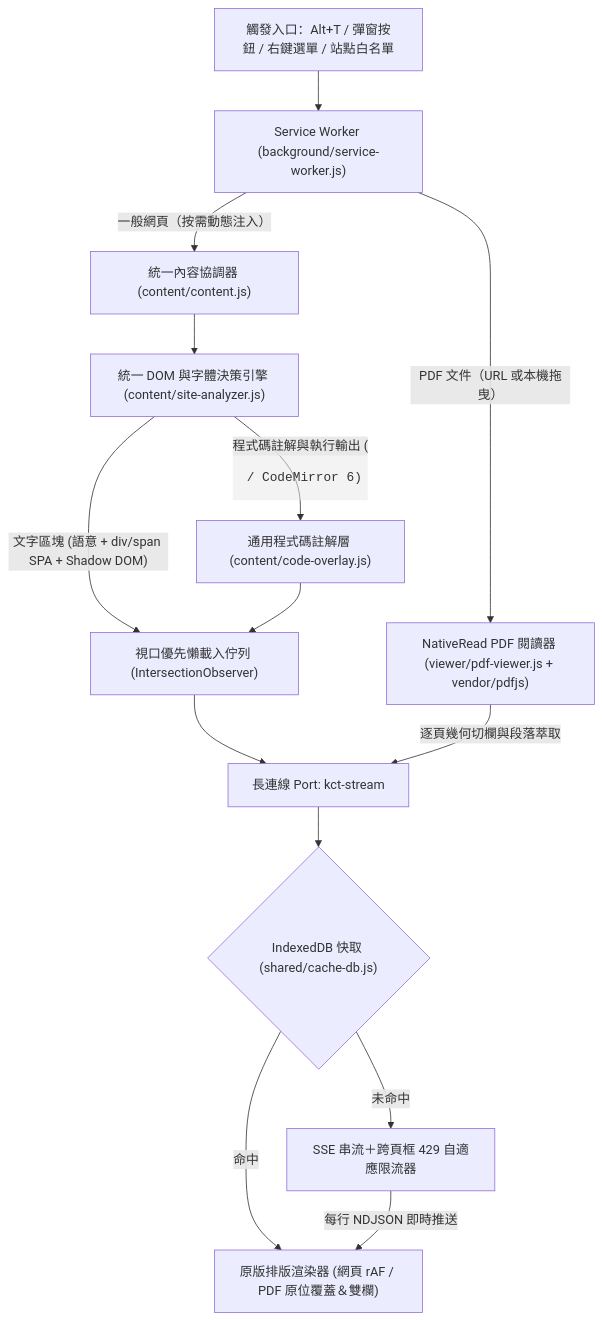
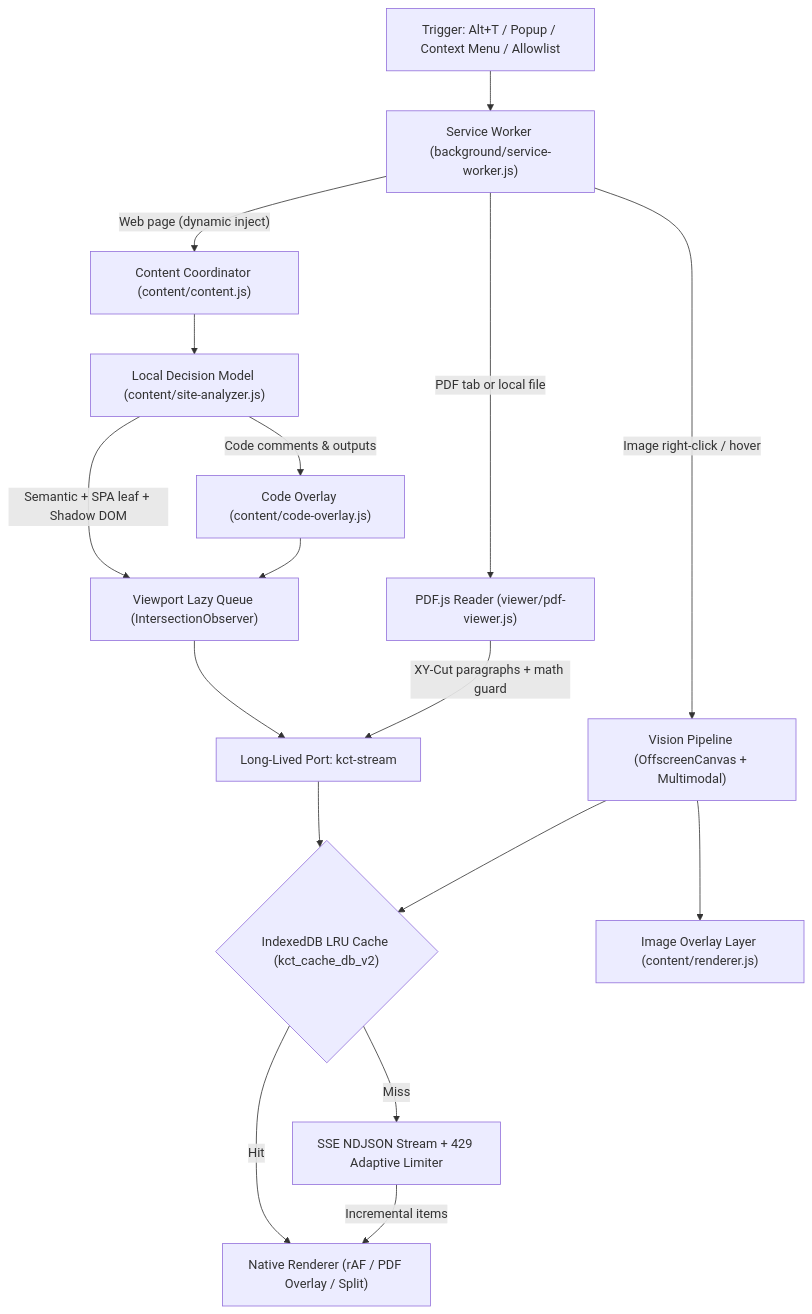
Before and after one commit to Chih-Kai-Wang/kaggle-course-translator: the diagram in README.md, drawn with Mermaid. The commit also changed other lines of this file and 32 other files, not shown here.

First line of the commit message:
feat(v2.2.x): 8-language README, Drive PDF native TOC & glyph sizing, image overlay fixes, PWA PDF timeout

````diff
--- a/README.md
+++ b/README.md
@@ -25,16 +65,19 @@
 ```mermaid
 flowchart TD
-    Trigger["觸發入口：Alt+T / 彈窗按鈕 / 右鍵選單 / 站點白名單"] --> SW["Service Worker (background/service-worker.js)"]
-    SW -->|"一般網頁（按需動態注入）"| Content["統一內容協調器 (content/content.js)"]
-    SW -->|"PDF 文件（URL 或本機拖曳）"| PDF["NativeRead PDF 閱讀器 (viewer/pdf-viewer.js + vendor/pdfjs)"]
-    Content --> Analyzer["統一 DOM 與字體決策引擎 (content/site-analyzer.js)"]
-    Analyzer -->|"文字區塊 (語意 + div/span SPA + Shadow DOM)"| Queue["視口優先懶載入佇列 (IntersectionObserver)"]
-    Analyzer -->|"程式碼註解與執行輸出 (<pre> / CodeMirror 6)"| CodeOverlay["通用程式碼註解層 (content/code-overlay.js)"]
-    CodeOverlay --> Queue
-    Queue --> Port["長連線 Port: kct-stream"]
-    PDF -->|"逐頁幾何切欄與段落萃取"| Port
-    Port --> Cache{"IndexedDB 快取 (shared/cache-db.js)"}
-    Cache -->|"命中"| Render["原版排版渲染器 (網頁 rAF / PDF 原位覆蓋＆雙欄)"]
-    Cache -->|"未命中"| Stream["SSE 串流＋跨頁框 429 自適應限流器"]
-    Stream -->|"每行 NDJSON 即時推送"| Render
+    Trigger["Trigger: Alt+T / Popup / Context Menu / Allowlist"] --> SW["Service Worker (background/service-worker.js)"]
+    SW -->|"Web page (dynamic inject)"| Content["Content Coordinator (content/content.js)"]
+    SW -->|"PDF tab or local file"| PDF["PDF.js Reader (viewer/pdf-viewer.js)"]
+    SW -->|"Image right-click / hover"| Vision["Vision Pipeline (OffscreenCanvas + Multimodal)"]
+    Content --> Analyzer["Local Decision Model (content/site-analyzer.js)"]
+    Analyzer -->|"Semantic + SPA leaf + Shadow DOM"| Queue["Viewport Lazy Queue (IntersectionObserver)"]
+    Analyzer -->|"Code comments & outputs"| Code["Code Overlay (content/code-overlay.js)"]
+    Code --> Queue
+    Queue --> Port["Long-Lived Port: kct-stream"]
+    PDF -->|"XY-Cut paragraphs + math guard"| Port
+    Port --> Cache{"IndexedDB LRU Cache (kct_cache_db_v2)"}
+    Cache -->|"Hit"| Render["Native Renderer (rAF / PDF Overlay / Split)"]
+    Cache -->|"Miss"| Stream["SSE NDJSON Stream + 429 Adaptive Limiter"]
+    Stream -->|"Incremental items"| Render
+    Vision --> Cache
+    Vision --> ImgOverlay["Image Overlay Layer (content/renderer.js)"]
 ```
````
